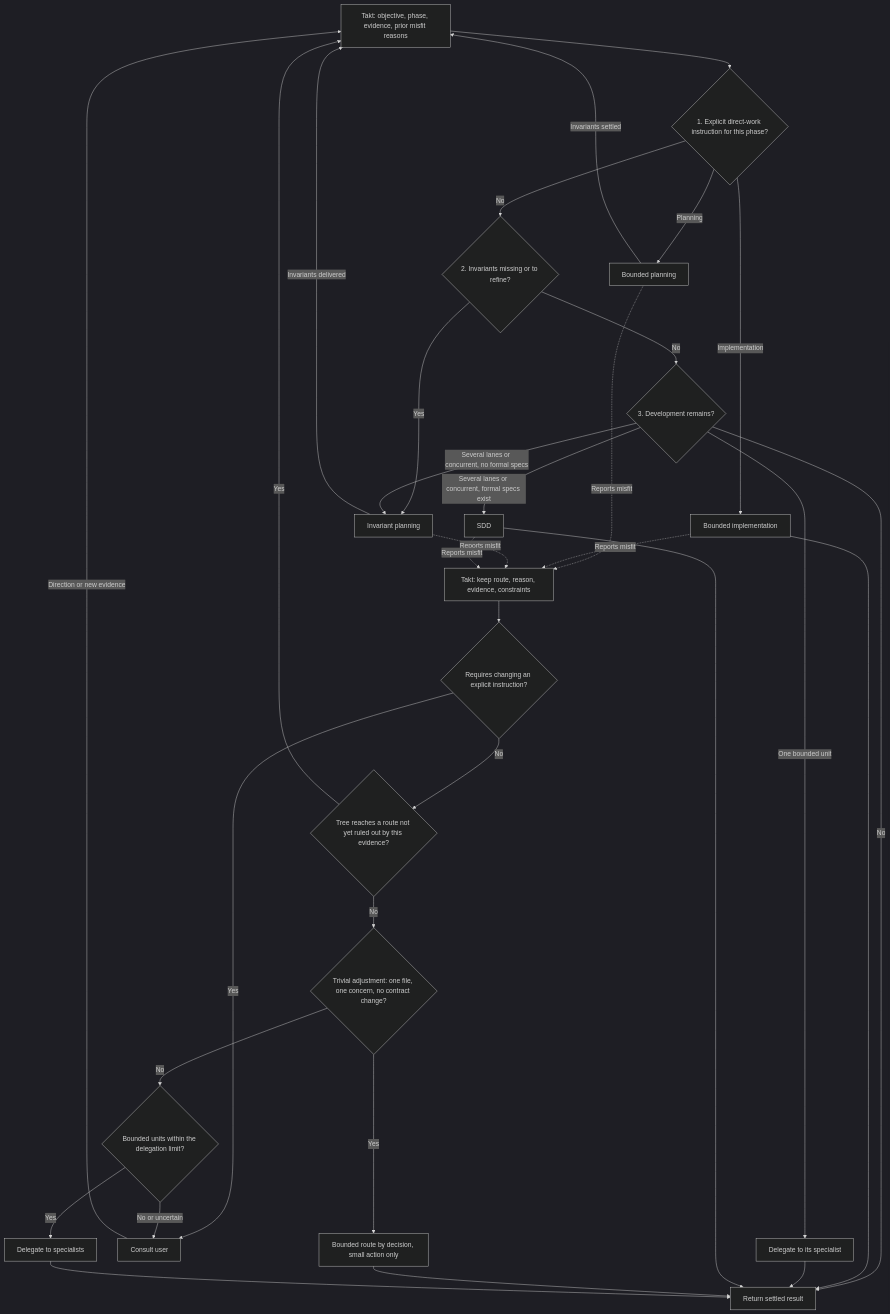
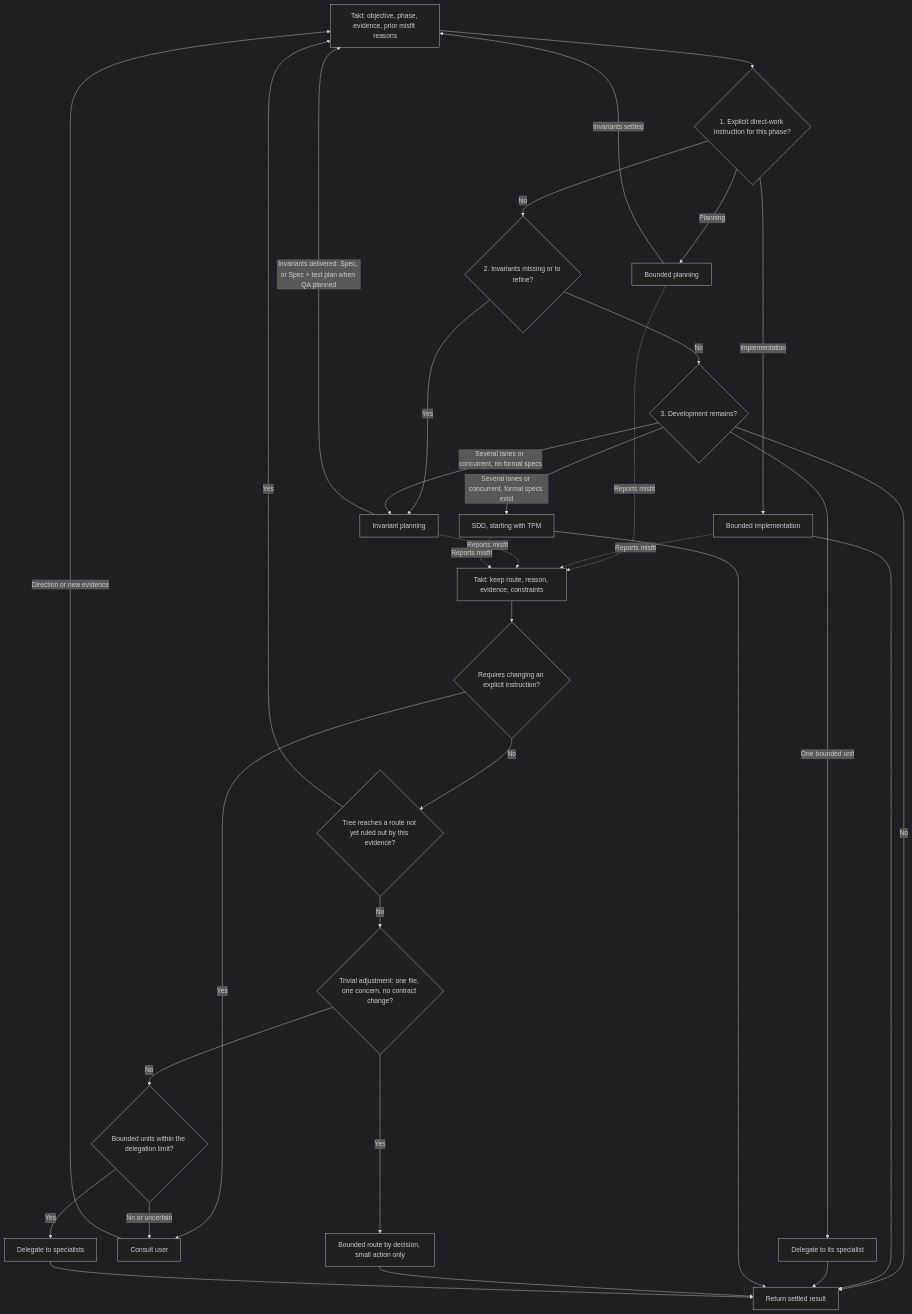
One commit to rou-cru/takt-ai changed the diagram in product/meta-harness/orchestration/WORKFLOW_SELECTION.md. Above: the diagram before and after it, drawn with Mermaid (dark theme). The commit also changed other lines of this file and 58 other files, not shown here.

````diff
--- a/product/meta-harness/orchestration/WORKFLOW_SELECTION.md
+++ b/product/meta-harness/orchestration/WORKFLOW_SELECTION.md
@@ -33,37 +33,37 @@
 ```mermaid
 flowchart TD
     Start["Takt: objective, phase, evidence, prior misfit reasons"] --> Order{"1. Explicit direct-work instruction for this phase?"}
     Order -->|Planning| BP["Bounded planning"]
     Order -->|Implementation| BW["Bounded implementation"]
     Order -->|No| Gaps{"2. Invariants missing or to refine?"}
     Gaps -->|Yes| IP["Invariant planning"]
     Gaps -->|No| Dev{"3. Development remains?"}
     Dev -->|One bounded unit| Unit["Delegate to its specialist"]
-    Dev -->|Several lanes or concurrent, formal specs exist| SDD["SDD"]
+    Dev -->|Several lanes or concurrent, formal specs exist| SDD["SDD, starting with TPM"]
     Dev -->|Several lanes or concurrent, no formal specs| IP
     Dev -->|No| Complete["Return settled result"]
 
-    IP -->|Invariants delivered| Start
+    IP -->|"Invariants delivered: Spec, or Spec + test plan when QA planned"| Start
     BP -->|Invariants settled| Start
     BW --> Complete
     Unit --> Complete
     SDD --> Complete
 
     BP -.->|Reports misfit| Return
     BW -.->|Reports misfit| Return
     IP -.->|Reports misfit| Return
     SDD -.->|Reports misfit| Return
 
     Return["Takt: keep route, reason, evidence, constraints"] --> Conflict{"Requires changing an explicit instruction?"}
     Conflict -->|Yes| Ask["Consult user"]
     Conflict -->|No| Fresh{"Tree reaches a route not yet ruled out by this evidence?"}
     Fresh -->|Yes| Start
     Fresh -->|No| Trivial{"Trivial adjustment: one file, one concern, no contract change?"}
     Trivial -->|Yes| Direct["Bounded route by decision, small action only"]
     Trivial -->|No| Light{"Bounded units within the delegation limit?"}
     Light -->|Yes| Specialists["Delegate to specialists"]
     Light -->|No or uncertain| Ask
     Ask -->|Direction or new evidence| Start
     Direct --> Complete
     Specialists --> Complete
 ```
````
